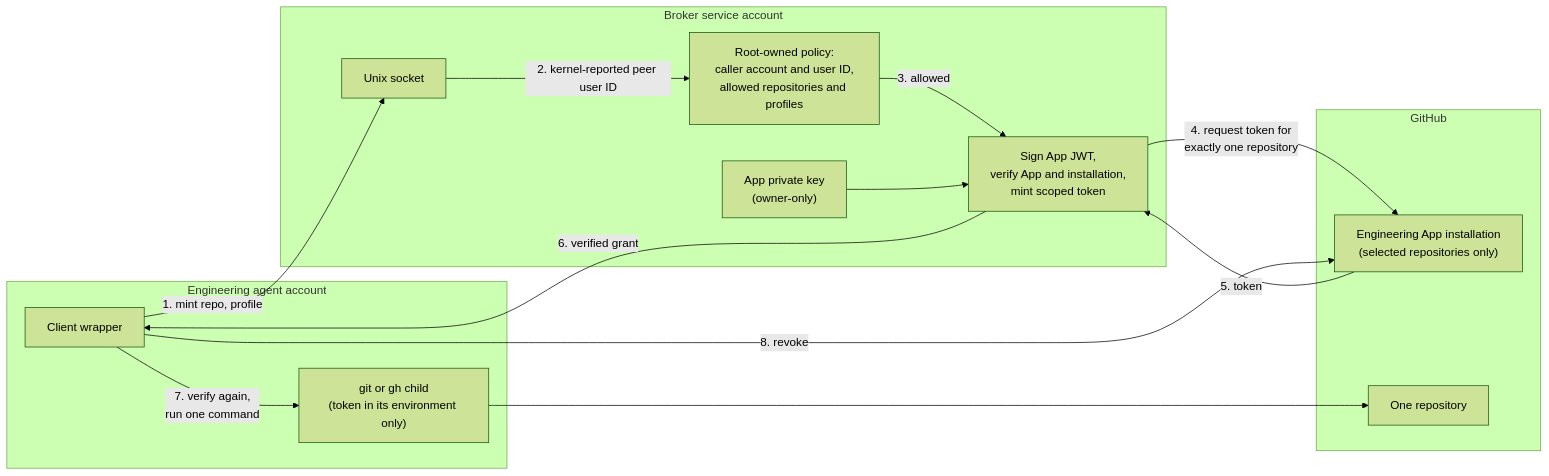
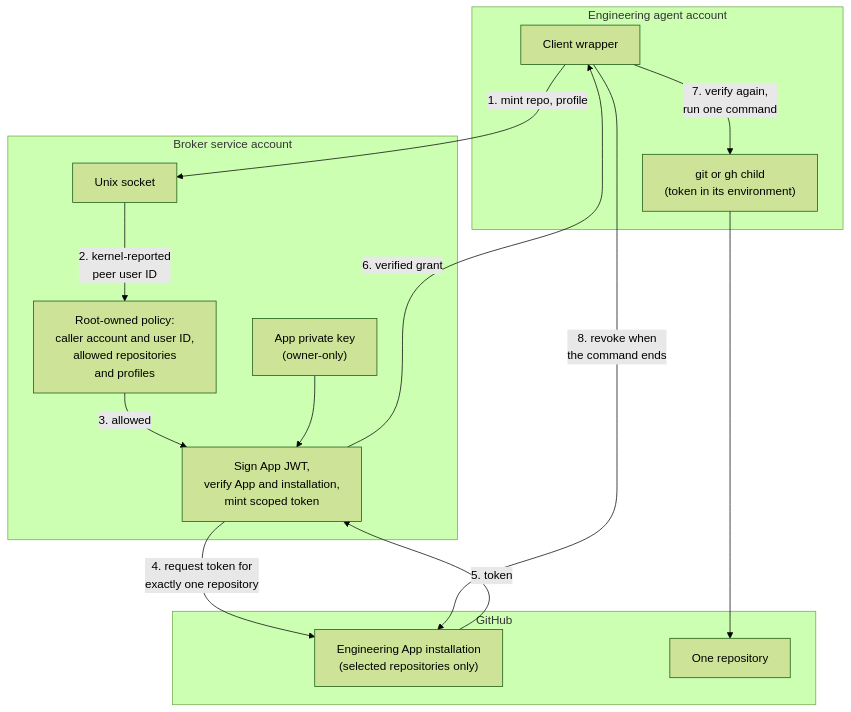
Before and after one commit to mk-global/engineering-showcase: the diagram in docs/architecture/github-authorization.md, drawn with Mermaid (forest theme). The commit also changed other lines of this file and 17 other files, not shown here.

First line of the commit message:
Correct technical claims and diagrams found by the 2026-11-08 review (#5)

````diff
--- a/docs/architecture/github-authorization.md
+++ b/docs/architecture/github-authorization.md
@@ -62,29 +64,29 @@
 ```mermaid
-flowchart LR
+flowchart TD
     subgraph agentAcct["Engineering agent account"]
         cli["Client wrapper"]
-        child["git or gh child<br/>(token in its environment only)"]
+        child["git or gh child<br/>(token in its environment)"]
     end
 
     subgraph brokerAcct["Broker service account"]
         sock["Unix socket"]
-        policy["Root-owned policy:<br/>caller account and user ID,<br/>allowed repositories and profiles"]
+        policy["Root-owned policy:<br/>caller account and user ID,<br/>allowed repositories<br/>and profiles"]
         keyfile["App private key<br/>(owner-only)"]
         mintfn["Sign App JWT,<br/>verify App and installation,<br/>mint scoped token"]
     end
 
     subgraph github["GitHub"]
         app["Engineering App installation<br/>(selected repositories only)"]
         repo["One repository"]
     end
 
     cli -->|"1. mint repo, profile"| sock
-    sock -->|"2. kernel-reported peer user ID"| policy
+    sock -->|"2. kernel-reported<br/>peer user ID"| policy
     policy -->|"3. allowed"| mintfn
     keyfile --> mintfn
     mintfn -->|"4. request token for<br/>exactly one repository"| app
     app -->|"5. token"| mintfn
     mintfn -->|"6. verified grant"| cli
     cli -->|"7. verify again,<br/>run one command"| child --> repo
-    cli -->|"8. revoke"| app
+    cli -->|"8. revoke when<br/>the command ends"| app
 ```
````
